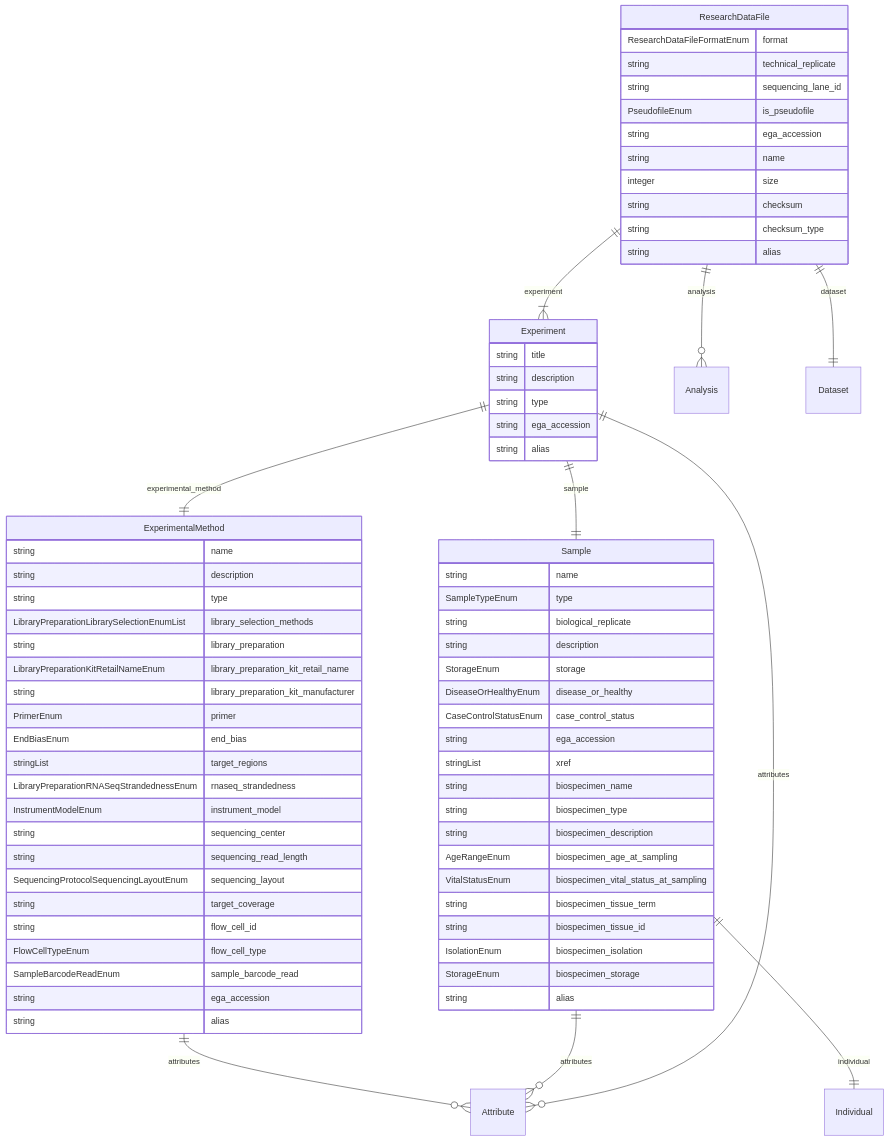
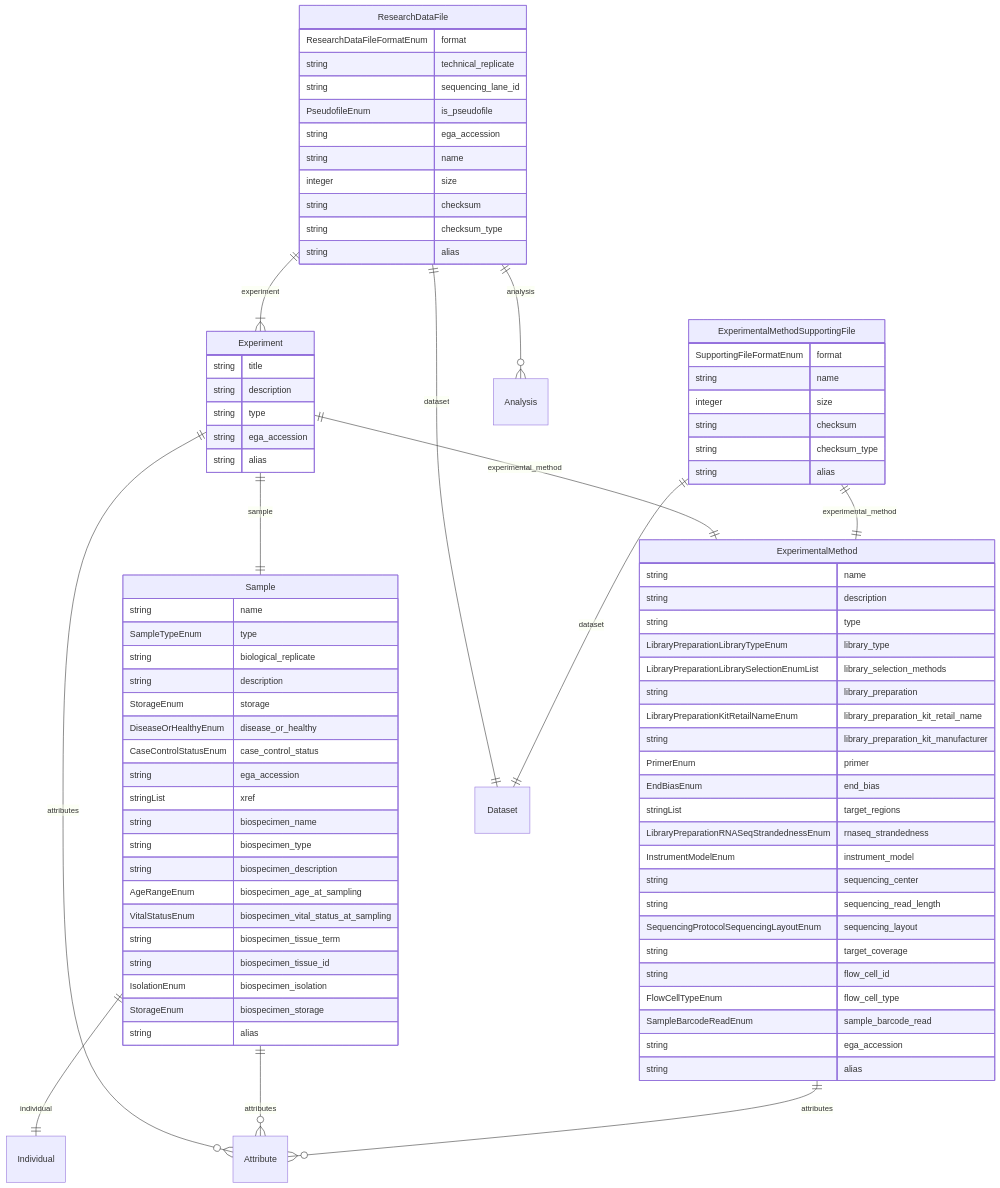
One commit to ghga-de/ghga-metadata-schema changed the fifth of 5 diagrams in docs/entity_relations.md. Above: the diagram before and after it, drawn with Mermaid. The commit also changed other lines of this file and 4 other files, not shown here.

````diff
--- a/docs/entity_relations.md
+++ b/docs/entity_relations.md
@@ -212,9 +223,18 @@
 ```mermaid
 erDiagram
+ExperimentalMethodSupportingFile {
+    SupportingFileFormatEnum format  
+    string name  
+    integer size  
+    string checksum  
+    string checksum_type  
+    string alias  
+}
 ExperimentalMethod {
     string name  
     string description  
     string type  
+    LibraryPreparationLibraryTypeEnum library_type  
     LibraryPreparationLibrarySelectionEnumList library_selection_methods  
     string library_preparation  
     LibraryPreparationKitRetailNameEnum library_preparation_kit_retail_name  
@@ -275,6 +295,8 @@
     string alias  
 }
 
+ExperimentalMethodSupportingFile ||--|| ExperimentalMethod : "experimental_method"
+ExperimentalMethodSupportingFile ||--|| Dataset : "dataset"
 ExperimentalMethod ||--}o Attribute : "attributes"
 ResearchDataFile ||--}| Experiment : "experiment"
 ResearchDataFile ||--}o Analysis : "analysis"
````
